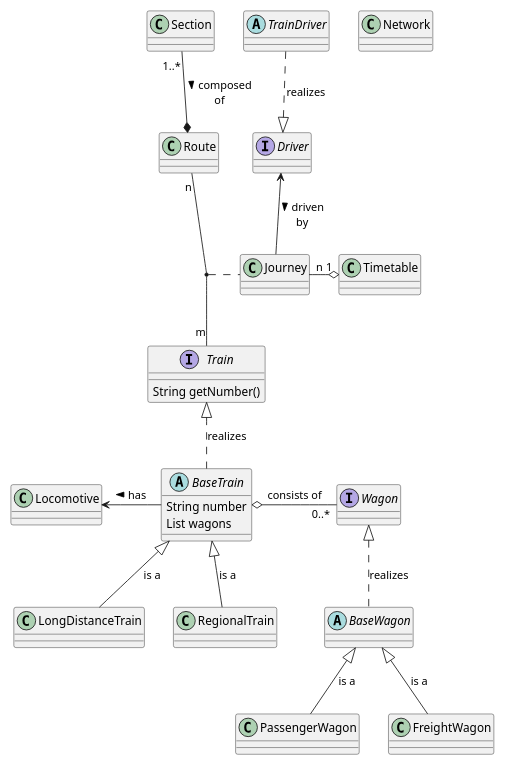
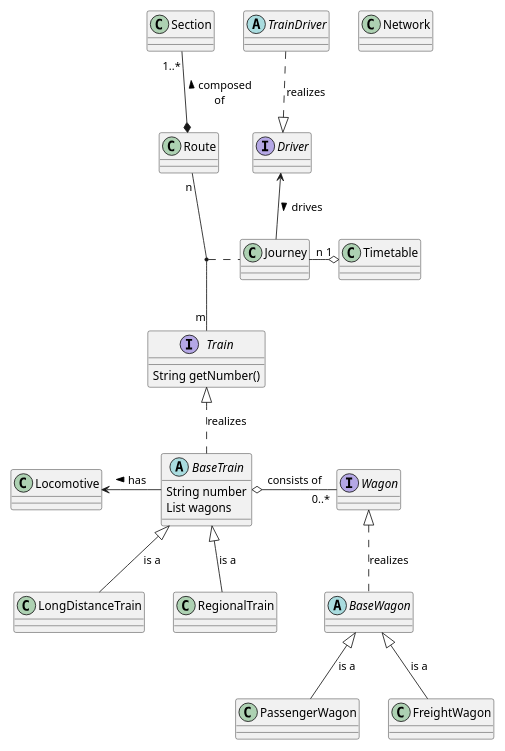
The diagram in docs/asciidoc/diagrams/course-1/business-model.puml (ThorstenEckstein/dhbw-advanced-programming), drawn with PlantUML before and after one commit. The commit also changed 5 other files, not shown here.

```diff
--- a/docs/asciidoc/diagrams/course-1/business-model.puml
+++ b/docs/asciidoc/diagrams/course-1/business-model.puml
@@ -1,54 +1,54 @@
 @startuml
 'https://plantuml.com/class-diagram
 
 'skinparam groupInheritance 2
 
 scale 0.8
 
 interface Train {
   String getNumber()
 }
 abstract class BaseTrain {
   String number
   List wagons
 }
 class LongDistanceTrain
 class RegionalTrain
 class Locomotive
 
 class Journey
 interface Driver
 abstract class TrainDriver
 
 interface Wagon
 abstract class BaseWagon
 class PassengerWagon
 class FreightWagon
 
 class Network
 class Route
 class Section
 class Timetable
 
 ' Train model
 Train             <|..          BaseTrain         : realizes
 BaseTrain         <|--          LongDistanceTrain : is a
 BaseTrain         <|--          RegionalTrain     : is a
 BaseTrain         -l->          Locomotive        : > has
 BaseTrain         o-r-  "0..*"  Wagon             : consists of
 Wagon             <|..          BaseWagon         : realizes
 BaseWagon         <|--          PassengerWagon    : is a
 BaseWagon         <|--          FreightWagon      : is a
 
 ' Route model
 'Network      "1"  -l-   "n"    Route
-Route             *-u-  "1..*" Section            : > composed\nof
+Route             *-u-  "1..*" Section            : < composed\nof
 
 ' Journey model
 Route        "n"  --    "m"    Train
 (Route,Train)     ..           Journey
 Journey      "n"  -r-o  "1"    Timetable
-Journey           -u->         Driver             : > driven\nby
+Journey           -u->         Driver             : < drives
 Driver            <|.u.        TrainDriver        : realizes
 
 @enduml
```
